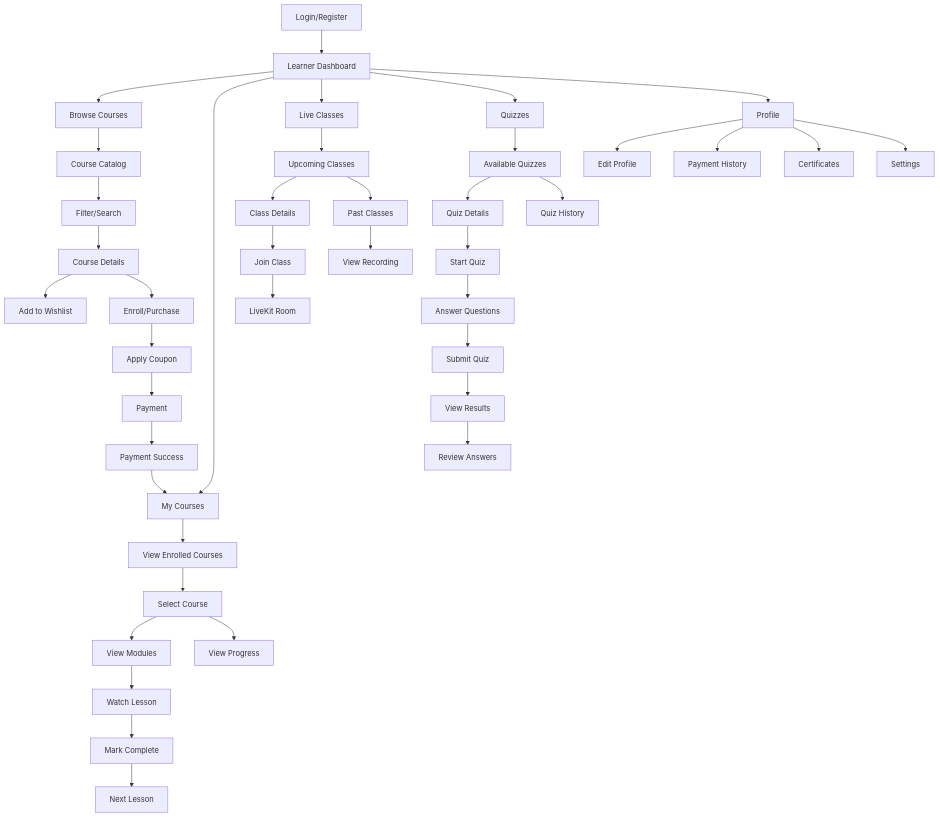
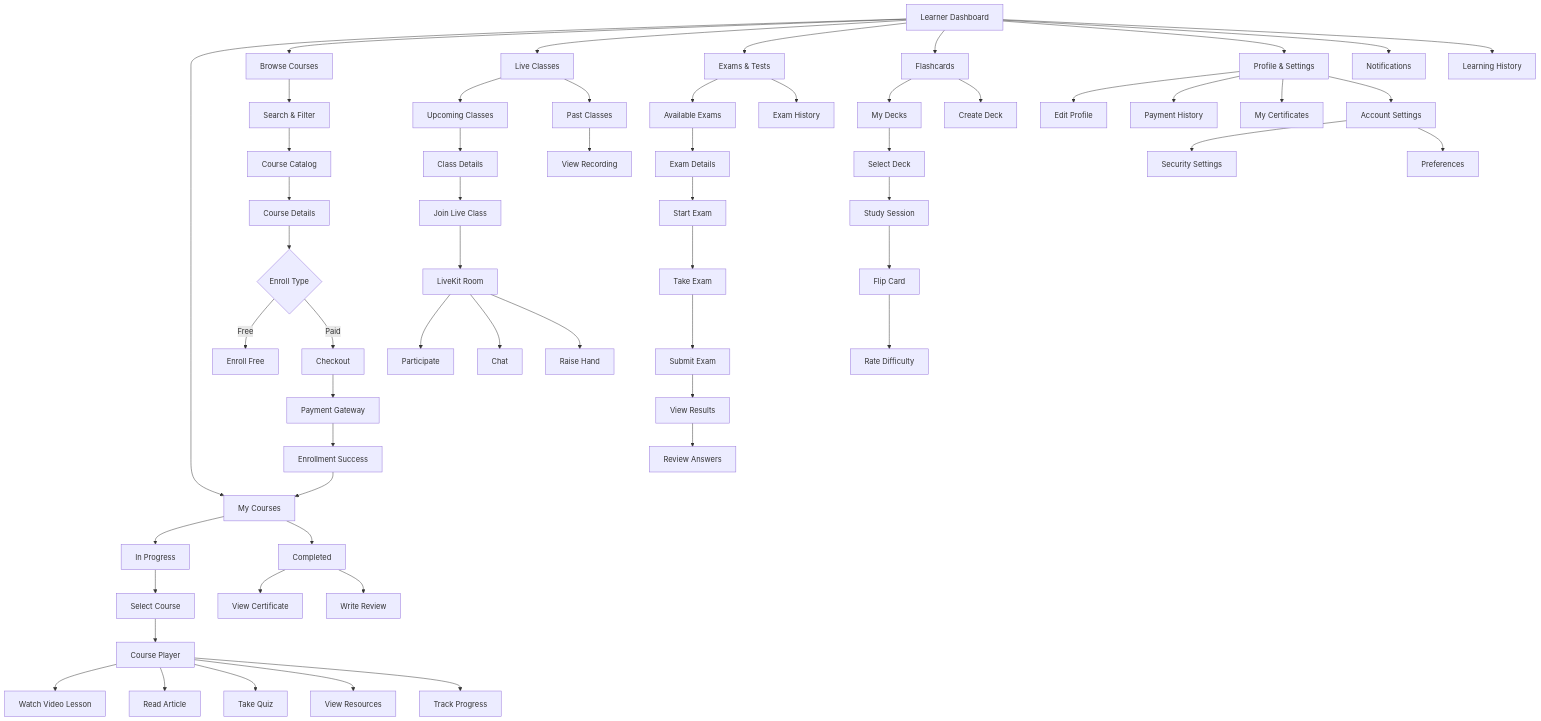
Before and after one commit to Lain4504/torii-monorepo: the ninth of 19 diagrams in docs/screen-flow-by-roles.md, drawn with Mermaid. The commit also changed other lines of this file and 1 other file, not shown here.

Commit message:
vẽ screen-flow

````diff
--- a/docs/screen-flow-by-roles.md
+++ b/docs/screen-flow-by-roles.md
@@ -73,48 +284,73 @@
 ```mermaid
 flowchart TD
-    A[Login/Register] --> B[Learner Dashboard]
-    B --> C[Browse Courses]
-    B --> D[My Courses]
-    B --> E[Live Classes]
-    B --> F[Quizzes]
-    B --> G[Profile]
+    Dashboard[Learner Dashboard] --> MyCourses[My Courses]
+    Dashboard --> Browse[Browse Courses]
+    Dashboard --> LiveClasses[Live Classes]
+    Dashboard --> Exams[Exams & Tests]
+    Dashboard --> Flashcards[Flashcards]
+    Dashboard --> Profile[Profile & Settings]
+    Dashboard --> Notifications[Notifications]
+    Dashboard --> History[Learning History]
     
-    C --> C1[Course Catalog]
-    C1 --> C2[Filter/Search]
-    C2 --> C3[Course Details]
-    C3 --> C4[Add to Wishlist]
-    C3 --> C5[Enroll/Purchase]
-    C5 --> C6[Apply Coupon]
-    C6 --> C7[Payment]
-    C7 --> C8[Payment Success]
-    C8 --> D
+    %% My Courses Branch
+    MyCourses --> InProgress[In Progress]
+    MyCourses --> Completed[Completed]
+    InProgress --> SelectCourse[Select Course]
+    SelectCourse --> CoursePlayer[Course Player]
+    CoursePlayer --> WatchLesson[Watch Video Lesson]
+    CoursePlayer --> ReadArticle[Read Article]
+    CoursePlayer --> TakeQuiz[Take Quiz]
+    CoursePlayer --> ViewResources[View Resources]
+    CoursePlayer --> Progress[Track Progress]
     
-    D --> D1[View Enrolled Courses]
-    D1 --> D2[Select Course]
-    D2 --> D3[View Modules]
-    D3 --> D4[Watch Lesson]
-    D4 --> D5[Mark Complete]
-    D5 --> D6[Next Lesson]
-    D2 --> D7[View Progress]
+    Completed --> ViewCert[View Certificate]
+    Completed --> ReviewCourse[Write Review]
     
-    E --> E1[Upcoming Classes]
-    E1 --> E2[Class Details]
-    E2 --> E3[Join Class]
-    E3 --> E4[LiveKit Room]
-    E1 --> E5[Past Classes]
-    E5 --> E6[View Recording]
+    %% Browse Courses Branch
+    Browse --> SearchFilter[Search & Filter]
+    SearchFilter --> CourseList[Course Catalog]
+    CourseList --> CourseDetail[Course Details]
+    CourseDetail --> Enroll{Enroll Type}
+    Enroll -->|Free| FreeEnroll[Enroll Free]
+    Enroll -->|Paid| Checkout[Checkout]
+    Checkout --> Payment[Payment Gateway]
+    Payment --> Success[Enrollment Success]
+    Success --> MyCourses
     
-    F --> F1[Available Quizzes]
-    F1 --> F2[Quiz Details]
-    F2 --> F3[Start Quiz]
-    F3 --> F4[Answer Questions]
-    F4 --> F5[Submit Quiz]
-    F5 --> F6[View Results]
-    F6 --> F7[Review Answers]
-    F1 --> F8[Quiz History]
+    %% Live Classes Branch
+    LiveClasses --> Upcoming[Upcoming Classes]
+    LiveClasses --> Past[Past Classes]
+    Upcoming --> ClassDetails[Class Details]
+    ClassDetails --> JoinClass[Join Live Class]
+    JoinClass --> LiveRoom[LiveKit Room]
+    LiveRoom --> Participate[Participate]
+    LiveRoom --> Chat[Chat]
+    LiveRoom --> RaiseHand[Raise Hand]
+    Past --> Recording[View Recording]
     
-    G --> G1[Edit Profile]
-    G --> G2[Payment History]
-    G --> G3[Certificates]
-    G --> G4[Settings]
+    %% Exams Branch
+    Exams --> AvailableExams[Available Exams]
+    Exams --> ExamHistory[Exam History]
+    AvailableExams --> ExamDetail[Exam Details]
+    ExamDetail --> StartExam[Start Exam]
+    StartExam --> TakeExam[Take Exam]
+    TakeExam --> SubmitExam[Submit Exam]
+    SubmitExam --> ViewResults[View Results]
+    ViewResults --> ReviewAnswers[Review Answers]
+    
+    %% Flashcards Branch
+    Flashcards --> Decks[My Decks]
+    Flashcards --> CreateDeck[Create Deck]
+    Decks --> SelectDeck[Select Deck]
+    SelectDeck --> StudySession[Study Session]
+    StudySession --> FlipCard[Flip Card]
+    FlipCard --> RateDifficulty[Rate Difficulty]
+    
+    %% Profile Branch
+    Profile --> EditProfile[Edit Profile]
+    Profile --> PaymentHistory[Payment History]
+    Profile --> Certificates[My Certificates]
+    Profile --> Settings[Account Settings]
+    Settings --> Security[Security Settings]
+    Settings --> Preferences[Preferences]
 ```
````
